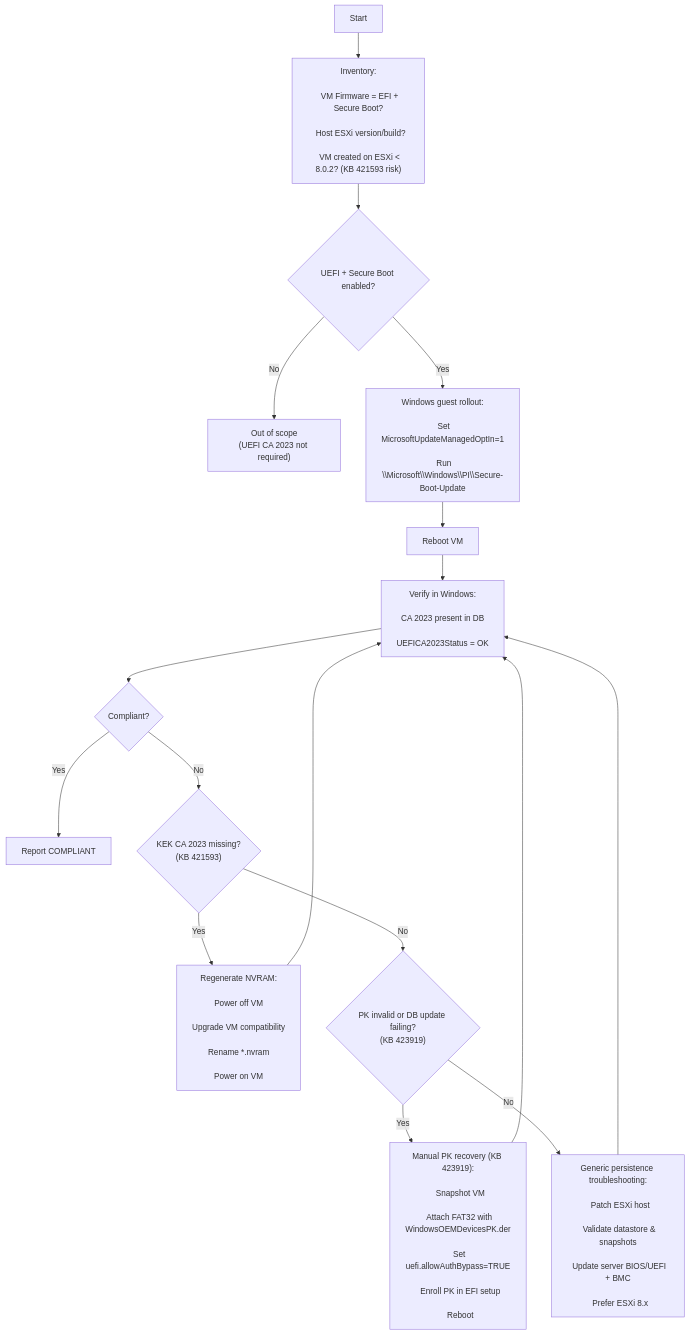
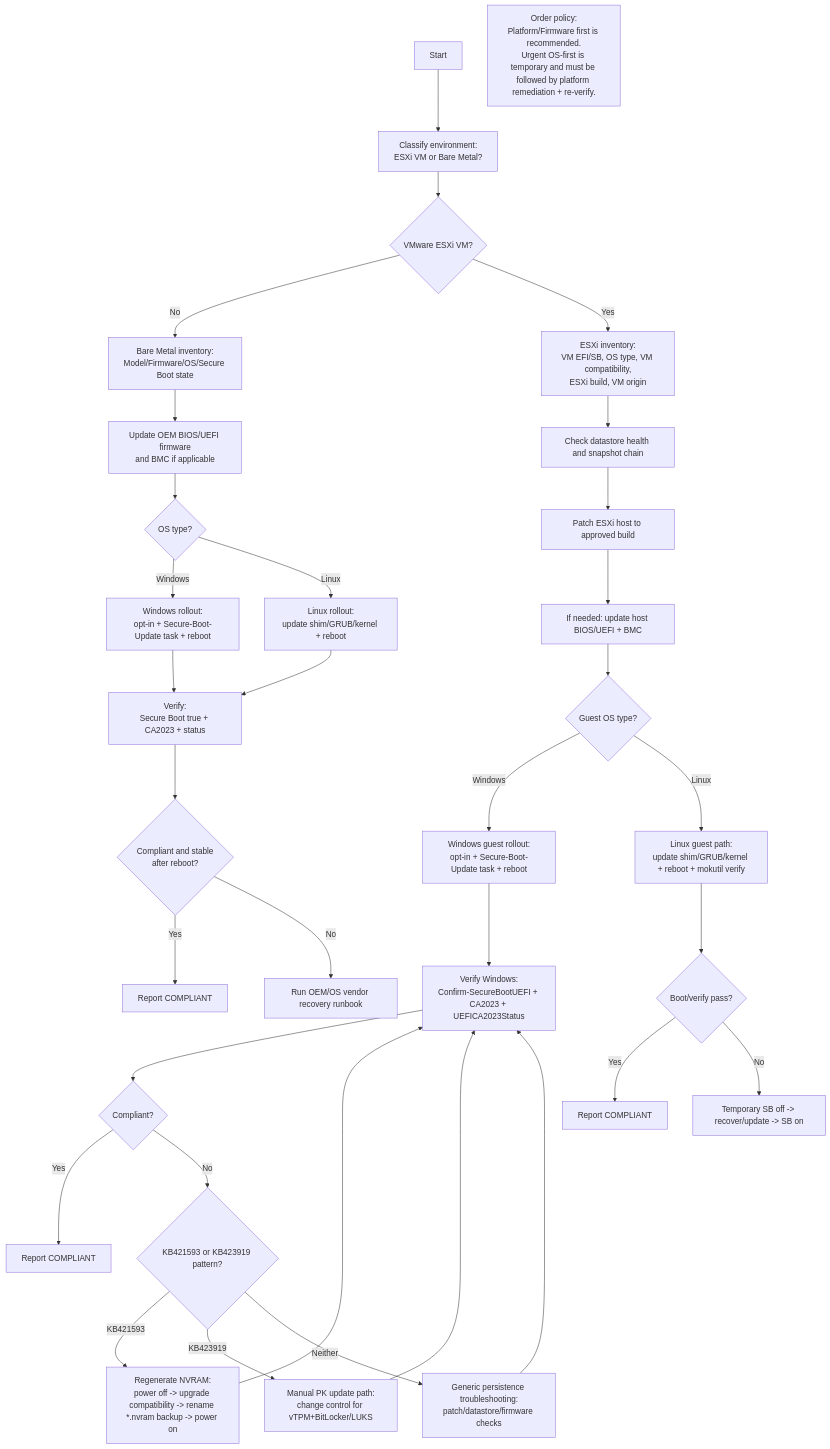
The diagram in docs/09-flowcharts.md (Fewsrt/Cert-Expire-2026), drawn with Mermaid before and after one commit. The commit also changed other lines of this file and 10 other files, not shown here.

First line of the commit message:
Docs: expand CA 2023 rollout and compliance runbook

````diff
--- a/docs/09-flowcharts.md
+++ b/docs/09-flowcharts.md
@@ -58,47 +64,43 @@
 ```mermaid
 flowchart TD
-  A[Start] --> B["Inventory:<br/>
-  VM Firmware = EFI + Secure Boot?<br/>
-  Host ESXi version/build?<br/>
-  VM created on ESXi &lt; 8.0.2? (KB 421593 risk)"]
+  A[Start] --> B["Classify environment:<br/>ESXi VM or Bare Metal?"]
 
-  B --> C{"UEFI + Secure Boot enabled?"}
-  C -- No --> Z1["Out of scope<br/>(UEFI CA 2023 not required)"]
+  B --> C{"VMware ESXi VM?"}
 
-  C -- Yes --> E["Windows guest rollout:<br/>
-  Set MicrosoftUpdateManagedOptIn=1<br/>
-  Run \\Microsoft\\Windows\\PI\\Secure-Boot-Update"]
-  E --> F[Reboot VM]
+  C -- No --> BM1["Bare Metal inventory:<br/>Model/Firmware/OS/Secure Boot state"]
+  BM1 --> BM2["Update OEM BIOS/UEFI firmware<br/>and BMC if applicable"]
+  BM2 --> BM3{"OS type?"}
+  BM3 -- Windows --> BMW["Windows rollout:<br/>opt-in + Secure-Boot-Update task + reboot"]
+  BM3 -- Linux --> BML["Linux rollout:<br/>update shim/GRUB/kernel + reboot"]
+  BMW --> BMV["Verify:<br/>Secure Boot true + CA2023 + status"]
+  BML --> BMV
+  BMV --> BMC{"Compliant and stable<br/>after reboot?"}
+  BMC -- Yes --> DONE1[Report COMPLIANT]
+  BMC -- No --> BMREC["Run OEM/OS vendor recovery runbook"]
 
-  F --> G["Verify in Windows:<br/>
-  CA 2023 present in DB<br/>
-  UEFICA2023Status = OK"]
-  G --> H{"Compliant?"}
+  C -- Yes --> VM1["ESXi inventory:<br/>VM EFI/SB, OS type, VM compatibility,<br/>ESXi build, VM origin"]
+  VM1 --> VM2["Check datastore health and snapshot chain"]
+  VM2 --> VM3["Patch ESXi host to approved build"]
+  VM3 --> VM4["If needed: update host BIOS/UEFI + BMC"]
+  VM4 --> VMOS{"Guest OS type?"}
 
-  H -- Yes --> I[Report COMPLIANT]
+  VMOS -- Windows --> VW1["Windows guest rollout:<br/>opt-in + Secure-Boot-Update task + reboot"]
+  VW1 --> VWV["Verify Windows:<br/>Confirm-SecureBootUEFI + CA2023 + UEFICA2023Status"]
+  VWV --> VWC{"Compliant?"}
+  VWC -- Yes --> DONE2[Report COMPLIANT]
+  VWC -- No --> KBQ{"KB421593 or KB423919 pattern?"}
 
-  H -- No --> K{"KEK CA 2023 missing?<br/>(KB 421593)"}
-  K -- Yes --> K1["Regenerate NVRAM:<br/>
-  Power off VM<br/>
-  Upgrade VM compatibility<br/>
-  Rename *.nvram<br/>
-  Power on VM"]
-  K1 --> G
+  KBQ -- KB421593 --> KB1["Regenerate NVRAM:<br/>power off -> upgrade compatibility -> rename *.nvram backup -> power on"]
+  KB1 --> VWV
+  KBQ -- KB423919 --> KB2["Manual PK update path:<br/>change control for vTPM+BitLocker/LUKS"]
+  KB2 --> VWV
+  KBQ -- Neither --> KB3["Generic persistence troubleshooting:<br/>patch/datastore/firmware checks"]
+  KB3 --> VWV
 
-  K -- No --> M{"PK invalid or DB update failing?<br/>(KB 423919)"}
-  M -- Yes --> M1["Manual PK recovery (KB 423919):<br/>
-  Snapshot VM<br/>
-  Attach FAT32 with WindowsOEMDevicesPK.der<br/>
-  Set uefi.allowAuthBypass=TRUE<br/>
-  Enroll PK in EFI setup<br/>
-  Reboot"]
-  M1 --> G
+  VMOS -- Linux --> VL1["Linux guest path:<br/>update shim/GRUB/kernel + reboot + mokutil verify"]
+  VL1 --> VL2{"Boot/verify pass?"}
+  VL2 -- Yes --> DONE3[Report COMPLIANT]
+  VL2 -- No --> VL3["Temporary SB off -> recover/update -> SB on"]
 
-  M -- No --> T["Generic persistence troubleshooting:<br/>
-  Patch ESXi host<br/>
-  Validate datastore & snapshots<br/>
-  Update server BIOS/UEFI + BMC<br/>
-  Prefer ESXi 8.x"]
-  T --> G
-
+  NOTE["Order policy:<br/>Platform/Firmware first is recommended.<br/>Urgent OS-first is temporary and must be followed by platform remediation + re-verify."]
 ```
````
